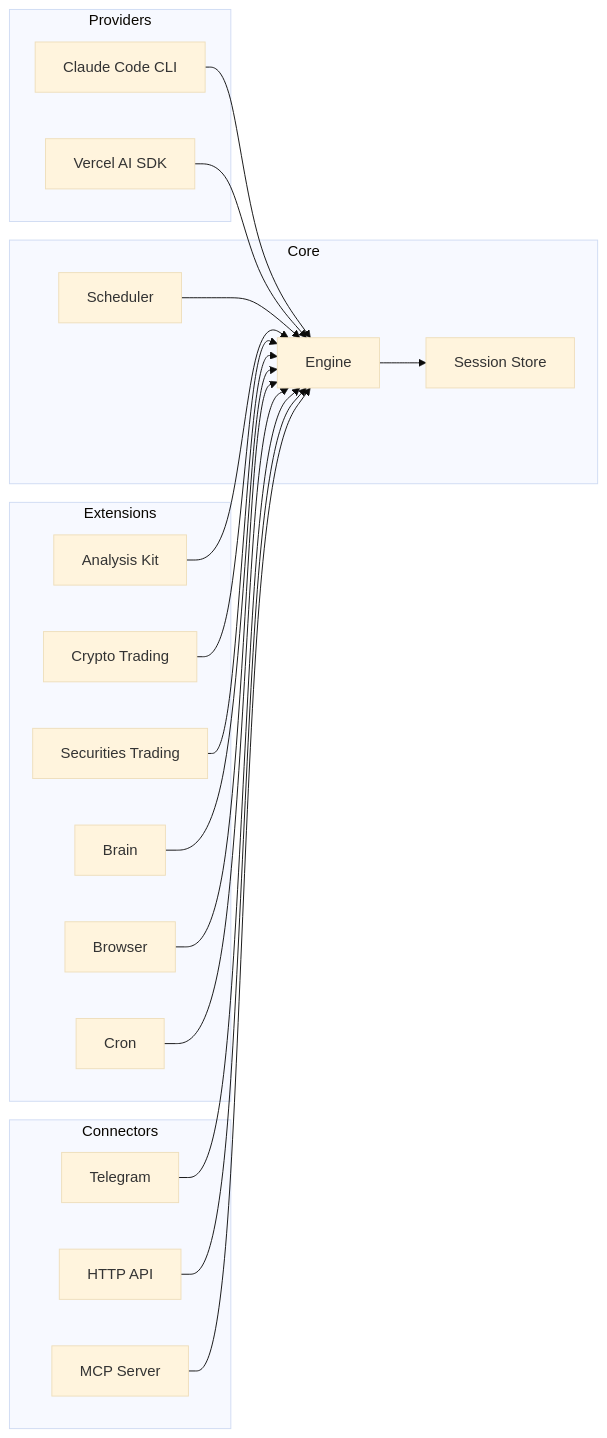
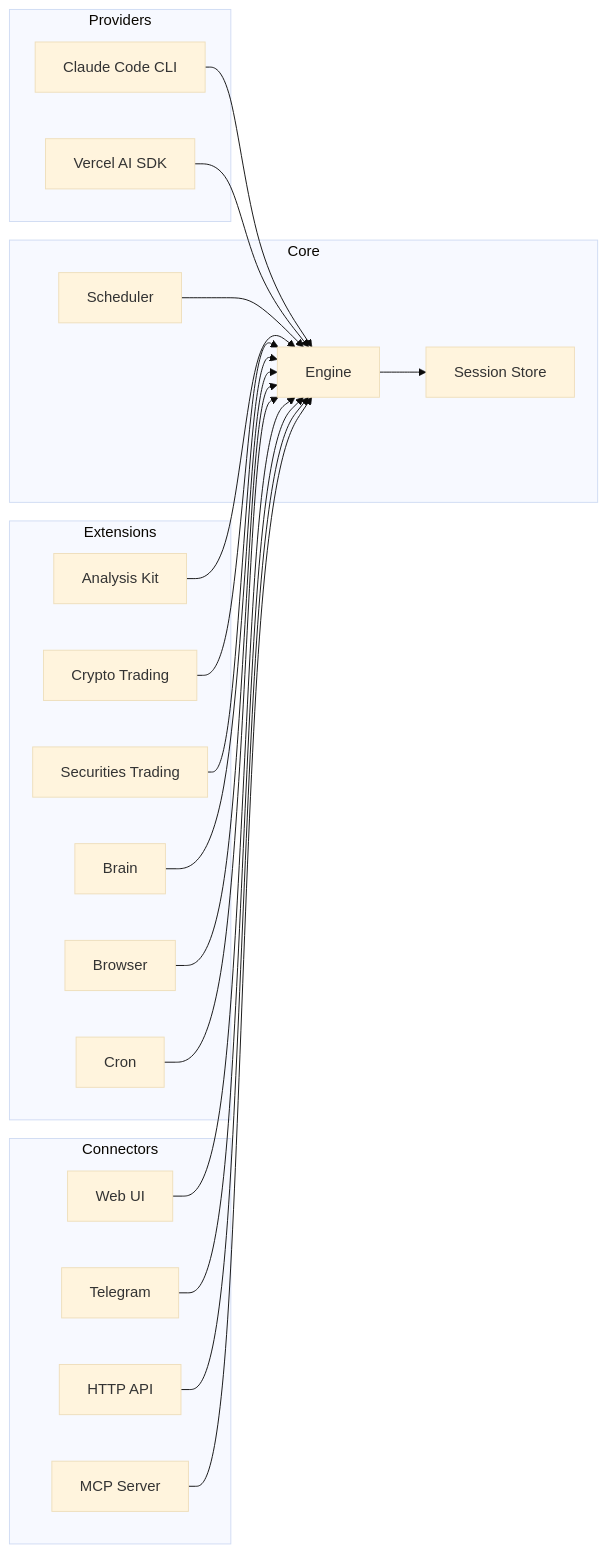
Before and after one commit to imsatoshi/TradeClaw: the diagram in README.md, drawn with Mermaid (base theme). The commit also changed other lines of this file and 5 other files, not shown here.

````diff
--- a/README.md
+++ b/README.md
@@ -28,42 +29,44 @@
 ```mermaid
 graph LR
   subgraph Providers
     CC[Claude Code CLI]
     VS[Vercel AI SDK]
   end
 
   subgraph Core
     E[Engine]
     S[Session Store]
     SC[Scheduler]
   end
 
   subgraph Extensions
     AK[Analysis Kit]
     CT[Crypto Trading]
     ST[Securities Trading]
     BR[Brain]
     BW[Browser]
     CR[Cron]
   end
 
   subgraph Connectors
+    WEB[Web UI]
     TG[Telegram]
     HTTP[HTTP API]
     MCP[MCP Server]
   end
 
   CC --> E
   VS --> E
   E --> S
   SC --> E
   AK --> E
   CT --> E
   ST --> E
   BR --> E
   BW --> E
   CR --> E
+  WEB --> E
   TG --> E
   HTTP --> E
   MCP --> E
 ```
````
